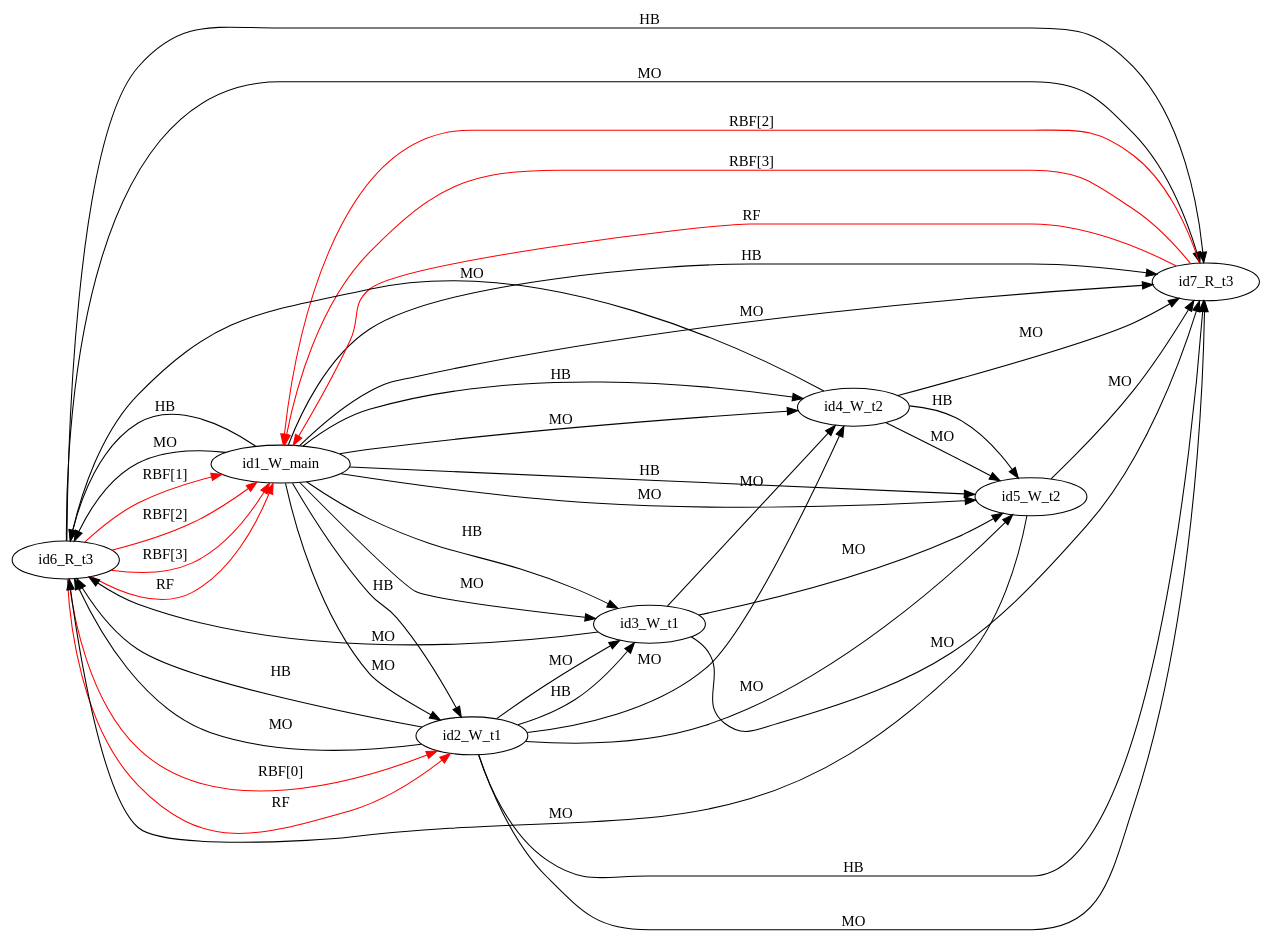
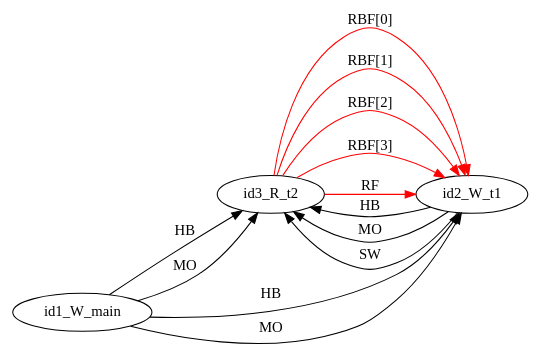
The diagram in examples/single_var/sv_simple06/mm2.dot (FMJS/EMME), drawn with Graphviz before and after one commit. The commit also changed 357 other files, not shown here.

```diff
--- a/examples/single_var/sv_simple06/mm2.dot
+++ b/examples/single_var/sv_simple06/mm2.dot
@@ -1,44 +1,15 @@
 digraph memory_model {
 rankdir=LR;
-id6_R_t3 -> id1_W_main [label = "RBF[1]", color="red"];
-id6_R_t3 -> id1_W_main [label = "RBF[2]", color="red"];
-id6_R_t3 -> id1_W_main [label = "RBF[3]", color="red"];
-id6_R_t3 -> id2_W_t1 [label = "RBF[0]", color="red"];
-id7_R_t3 -> id1_W_main [label = "RBF[2]", color="red"];
-id7_R_t3 -> id1_W_main [label = "RBF[3]", color="red"];
-id6_R_t3 -> id1_W_main [label = "RF", color="red"];
-id6_R_t3 -> id2_W_t1 [label = "RF", color="red"];
-id7_R_t3 -> id1_W_main [label = "RF", color="red"];
-id2_W_t1 -> id3_W_t1 [label = "HB", color="black"];
-id4_W_t2 -> id5_W_t2 [label = "HB", color="black"];
-id6_R_t3 -> id7_R_t3 [label = "HB", color="black"];
+id3_R_t2 -> id2_W_t1 [label = "RBF[0]", color="red"];
+id3_R_t2 -> id2_W_t1 [label = "RBF[1]", color="red"];
+id3_R_t2 -> id2_W_t1 [label = "RBF[2]", color="red"];
+id3_R_t2 -> id2_W_t1 [label = "RBF[3]", color="red"];
+id3_R_t2 -> id2_W_t1 [label = "RF", color="red"];
 id1_W_main -> id2_W_t1 [label = "HB", color="black"];
-id1_W_main -> id3_W_t1 [label = "HB", color="black"];
-id1_W_main -> id4_W_t2 [label = "HB", color="black"];
-id1_W_main -> id5_W_t2 [label = "HB", color="black"];
-id1_W_main -> id6_R_t3 [label = "HB", color="black"];
-id1_W_main -> id7_R_t3 [label = "HB", color="black"];
-id2_W_t1 -> id6_R_t3 [label = "HB", color="black"];
-id2_W_t1 -> id7_R_t3 [label = "HB", color="black"];
-id2_W_t1 -> id3_W_t1 [label = "MO", color="black"];
-id4_W_t2 -> id5_W_t2 [label = "MO", color="black"];
-id6_R_t3 -> id7_R_t3 [label = "MO", color="black"];
+id1_W_main -> id3_R_t2 [label = "HB", color="black"];
+id2_W_t1 -> id3_R_t2 [label = "HB", color="black"];
 id1_W_main -> id2_W_t1 [label = "MO", color="black"];
-id1_W_main -> id3_W_t1 [label = "MO", color="black"];
-id1_W_main -> id4_W_t2 [label = "MO", color="black"];
-id1_W_main -> id5_W_t2 [label = "MO", color="black"];
-id1_W_main -> id6_R_t3 [label = "MO", color="black"];
-id1_W_main -> id7_R_t3 [label = "MO", color="black"];
-id2_W_t1 -> id4_W_t2 [label = "MO", color="black"];
-id2_W_t1 -> id5_W_t2 [label = "MO", color="black"];
-id2_W_t1 -> id6_R_t3 [label = "MO", color="black"];
-id2_W_t1 -> id7_R_t3 [label = "MO", color="black"];
-id3_W_t1 -> id4_W_t2 [label = "MO", color="black"];
-id3_W_t1 -> id5_W_t2 [label = "MO", color="black"];
-id3_W_t1 -> id6_R_t3 [label = "MO", color="black"];
-id3_W_t1 -> id7_R_t3 [label = "MO", color="black"];
-id4_W_t2 -> id6_R_t3 [label = "MO", color="black"];
-id4_W_t2 -> id7_R_t3 [label = "MO", color="black"];
-id5_W_t2 -> id6_R_t3 [label = "MO", color="black"];
-id5_W_t2 -> id7_R_t3 [label = "MO", color="black"];
+id1_W_main -> id3_R_t2 [label = "MO", color="black"];
+id2_W_t1 -> id3_R_t2 [label = "MO", color="black"];
+id2_W_t1 -> id3_R_t2 [label = "SW", color="black"];
 }
```
